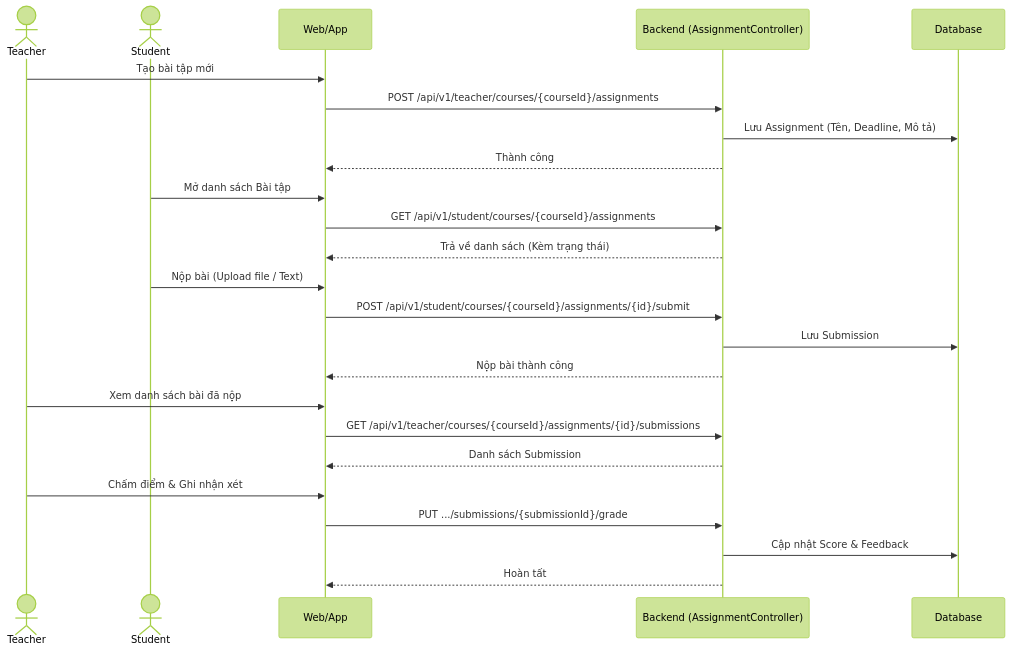
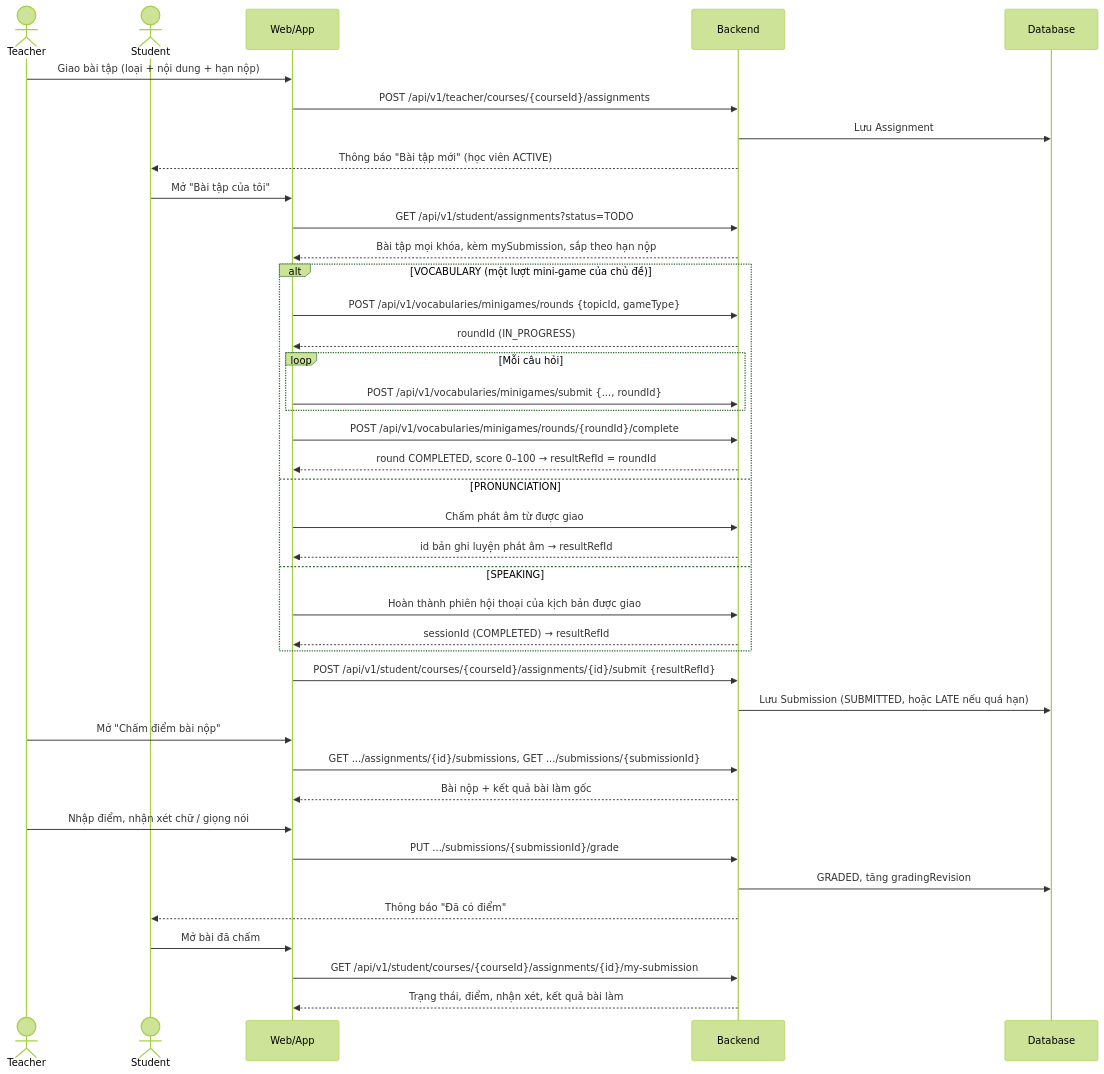
One commit to Son-COC-145/english-ed-backend changed the second of 3 diagrams in docs/module_4/flow.md. Above: the diagram before and after it, drawn with Mermaid (forest theme). The commit also changed other lines of this file and 32 other files, not shown here.

Commit message:
feat: implement minigames, classroom assignments, and notification features

````diff
--- a/docs/module_4/flow.md
+++ b/docs/module_4/flow.md
@@ -56,32 +56,54 @@
 ```mermaid
 sequenceDiagram
     actor Teacher
     actor Student
     participant App as Web/App
-    participant BE as Backend (AssignmentController)
+    participant BE as Backend
     participant DB as Database
 
-    %% Teacher giao bài
-    Teacher->>App: Tạo bài tập mới
+    %% 1. Giáo viên giao bài
+    Teacher->>App: Giao bài tập (loại + nội dung + hạn nộp)
     App->>BE: POST /api/v1/teacher/courses/{courseId}/assignments
-    BE->>DB: Lưu Assignment (Tên, Deadline, Mô tả)
-    BE-->>App: Thành công
-    
-    %% Student làm và nộp
-    Student->>App: Mở danh sách Bài tập
-    App->>BE: GET /api/v1/student/courses/{courseId}/assignments
-    BE-->>App: Trả về danh sách (Kèm trạng thái)
-    Student->>App: Nộp bài (Upload file / Text)
-    App->>BE: POST /api/v1/student/courses/{courseId}/assignments/{id}/submit
-    BE->>DB: Lưu Submission
-    BE-->>App: Nộp bài thành công
-    
-    %% Teacher chấm điểm
-    Teacher->>App: Xem danh sách bài đã nộp
-    App->>BE: GET /api/v1/teacher/courses/{courseId}/assignments/{id}/submissions
-    BE-->>App: Danh sách Submission
-    Teacher->>App: Chấm điểm & Ghi nhận xét
+    BE->>DB: Lưu Assignment
+    BE-->>Student: Thông báo "Bài tập mới" (học viên ACTIVE)
+
+    %% 2. Học viên xem bài cần làm
+    Student->>App: Mở "Bài tập của tôi"
+    App->>BE: GET /api/v1/student/assignments?status=TODO
+    BE-->>App: Bài tập mọi khóa, kèm mySubmission, sắp theo hạn nộp
+
+    %% 3. Học viên làm bài → có id kết quả
+    alt VOCABULARY (một lượt mini-game của chủ đề)
+        App->>BE: POST /api/v1/vocabularies/minigames/rounds {topicId, gameType}
+        BE-->>App: roundId (IN_PROGRESS)
+        loop Mỗi câu hỏi
+            App->>BE: POST /api/v1/vocabularies/minigames/submit {..., roundId}
+        end
+        App->>BE: POST /api/v1/vocabularies/minigames/rounds/{roundId}/complete
+        BE-->>App: round COMPLETED, score 0–100 → resultRefId = roundId
+    else PRONUNCIATION
+        App->>BE: Chấm phát âm từ được giao
+        BE-->>App: id bản ghi luyện phát âm → resultRefId
+    else SPEAKING
+        App->>BE: Hoàn thành phiên hội thoại của kịch bản được giao
+        BE-->>App: sessionId (COMPLETED) → resultRefId
+    end
+
+    %% 4. Nộp bài
+    App->>BE: POST /api/v1/student/courses/{courseId}/assignments/{id}/submit {resultRefId}
+    BE->>DB: Lưu Submission (SUBMITTED, hoặc LATE nếu quá hạn)
+
+    %% 5. Giáo viên chấm
+    Teacher->>App: Mở "Chấm điểm bài nộp"
+    App->>BE: GET .../assignments/{id}/submissions, GET .../submissions/{submissionId}
+    BE-->>App: Bài nộp + kết quả bài làm gốc
+    Teacher->>App: Nhập điểm, nhận xét chữ / giọng nói
     App->>BE: PUT .../submissions/{submissionId}/grade
-    BE->>DB: Cập nhật Score & Feedback
-    BE-->>App: Hoàn tất
+    BE->>DB: GRADED, tăng gradingRevision
+    BE-->>Student: Thông báo "Đã có điểm"
+
+    %% 6. Học viên xem kết quả
+    Student->>App: Mở bài đã chấm
+    App->>BE: GET /api/v1/student/courses/{courseId}/assignments/{id}/my-submission
+    BE-->>App: Trạng thái, điểm, nhận xét, kết quả bài làm
 ```
````
